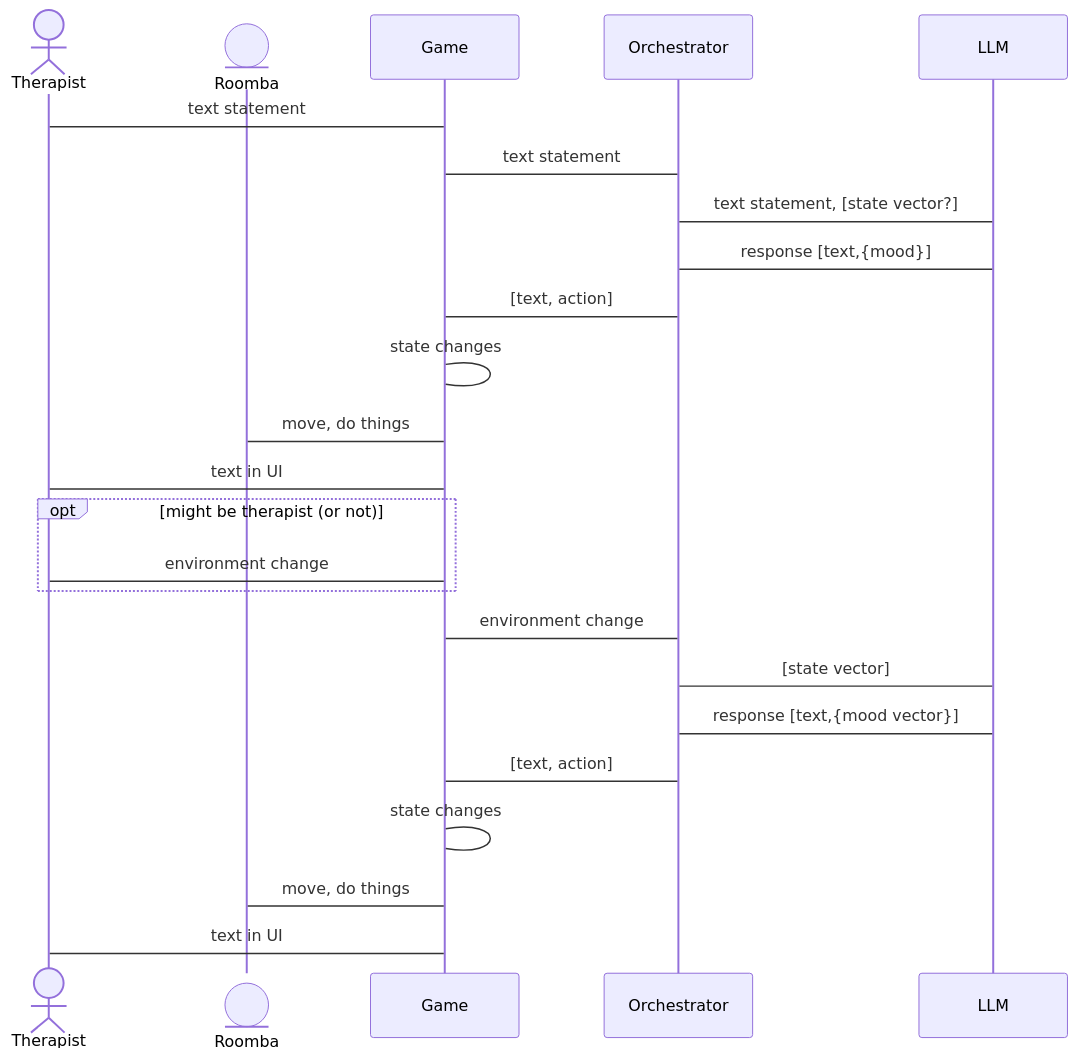
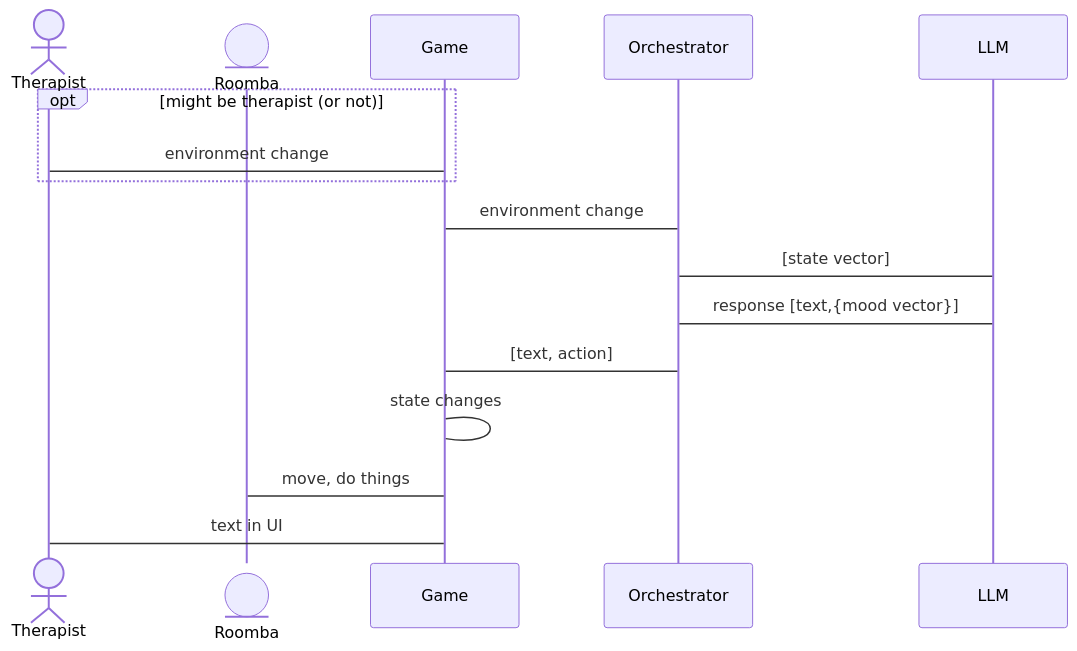
Before and after one commit to mckinn/RoombaOrchestrator: the second of 2 diagrams in APISpec.md, drawn with Mermaid. The commit also changed other lines of this file, not shown here.

Commit message:
content added to API file

````diff
--- a/APISpec.md
+++ b/APISpec.md
@@ -4,28 +29,19 @@
 ```mermaid
     sequenceDiagram
         actor t as Therapist
         participant r@{ "type" : "entity" } as Roomba
         participant g as Game
         participant o as Orchestrator
         participant l as LLM
-        %% basic interaction
-        t -> g : text statement
-        g -> o : text statement
-        o -> l : text statement, [state vector?]
-        l -> o : response [text,{mood}]
-        o -> g : [text, action]
-        g -> g : state changes
-        g -> r : move, do things
-        g -> t : text in UI
         %% event could be timed / autonomous, or user created
         opt might be therapist (or not)
             t -> g : environment change
         end 
         g -> o : environment change
         o -> l : [state vector]
         l -> o : response [text,{mood vector}]
         o -> g : [text, action]
         g -> g : state changes
         g -> r : move, do things
         g -> t : text in UI
 ```
````
